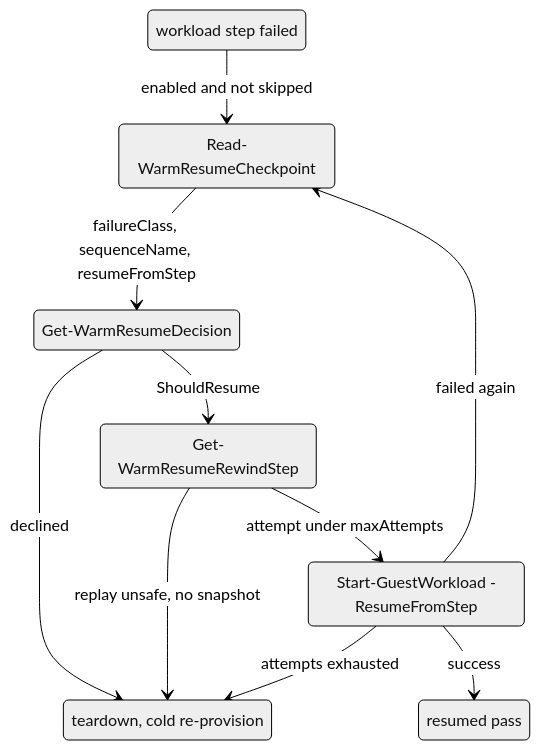
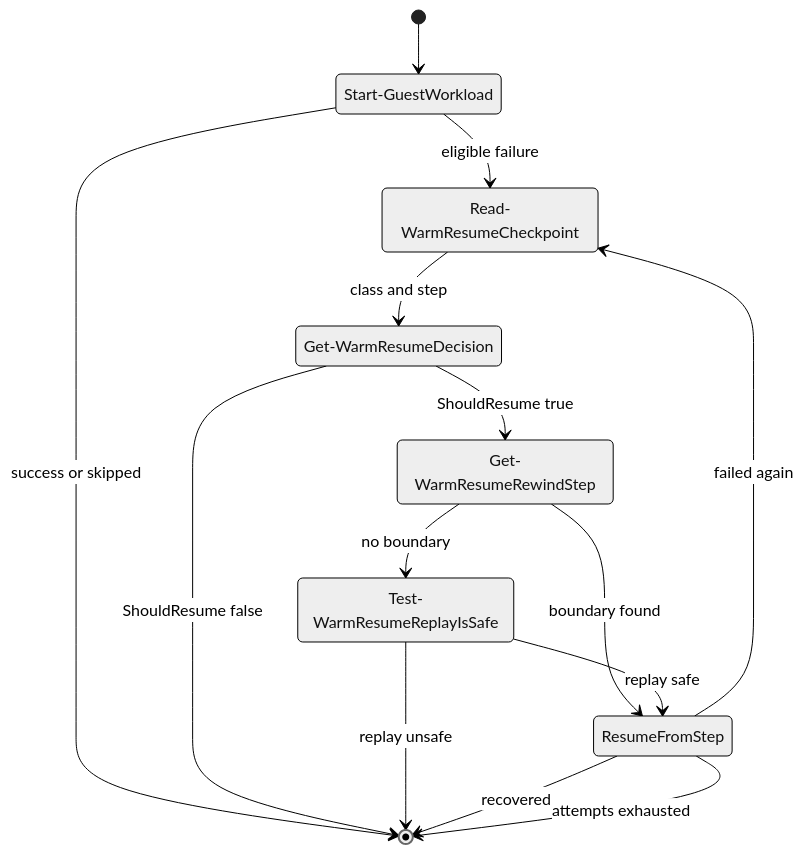
One commit to alissonsol/yuruna changed the fourth of 4 diagrams in docs/design/04-lifecycle-state.md. Above: the diagram before and after it, drawn with Mermaid (neutral theme). The commit also changed other lines of this file and 752 other files, not shown here.

````diff
--- a/docs/design/04-lifecycle-state.md
+++ b/docs/design/04-lifecycle-state.md
@@ -461,20 +479,23 @@
 ```mermaid
 stateDiagram-v2
-    state "workload step failed" as wl_failed
+    state "Start-GuestWorkload" as workload
     state "Read-WarmResumeCheckpoint" as checkpoint
     state "Get-WarmResumeDecision" as decision
     state "Get-WarmResumeRewindStep" as rewind
-    state "Start-GuestWorkload -ResumeFromStep" as attempt
-    state "resumed pass" as resumed
-    state "teardown, cold re-provision" as cold
+    state "Test-WarmResumeReplayIsSafe" as replay_safe
+    state "ResumeFromStep" as resume
 
-    wl_failed --> checkpoint : enabled and not skipped
-    checkpoint --> decision : failureClass, sequenceName, resumeFromStep
-    decision --> cold : declined
-    decision --> rewind : ShouldResume
-    rewind --> cold : replay unsafe, no snapshot
-    rewind --> attempt : attempt under maxAttempts
-    attempt --> resumed : success
-    attempt --> checkpoint : failed again
-    attempt --> cold : attempts exhausted
+    [*] --> workload
+    workload --> [*] : success or skipped
+    workload --> checkpoint : eligible failure
+    checkpoint --> decision : class and step
+    decision --> [*] : ShouldResume false
+    decision --> rewind : ShouldResume true
+    rewind --> resume : boundary found
+    rewind --> replay_safe : no boundary
+    replay_safe --> [*] : replay unsafe
+    replay_safe --> resume : replay safe
+    resume --> [*] : recovered
+    resume --> checkpoint : failed again
+    resume --> [*] : attempts exhausted
 ```
````
